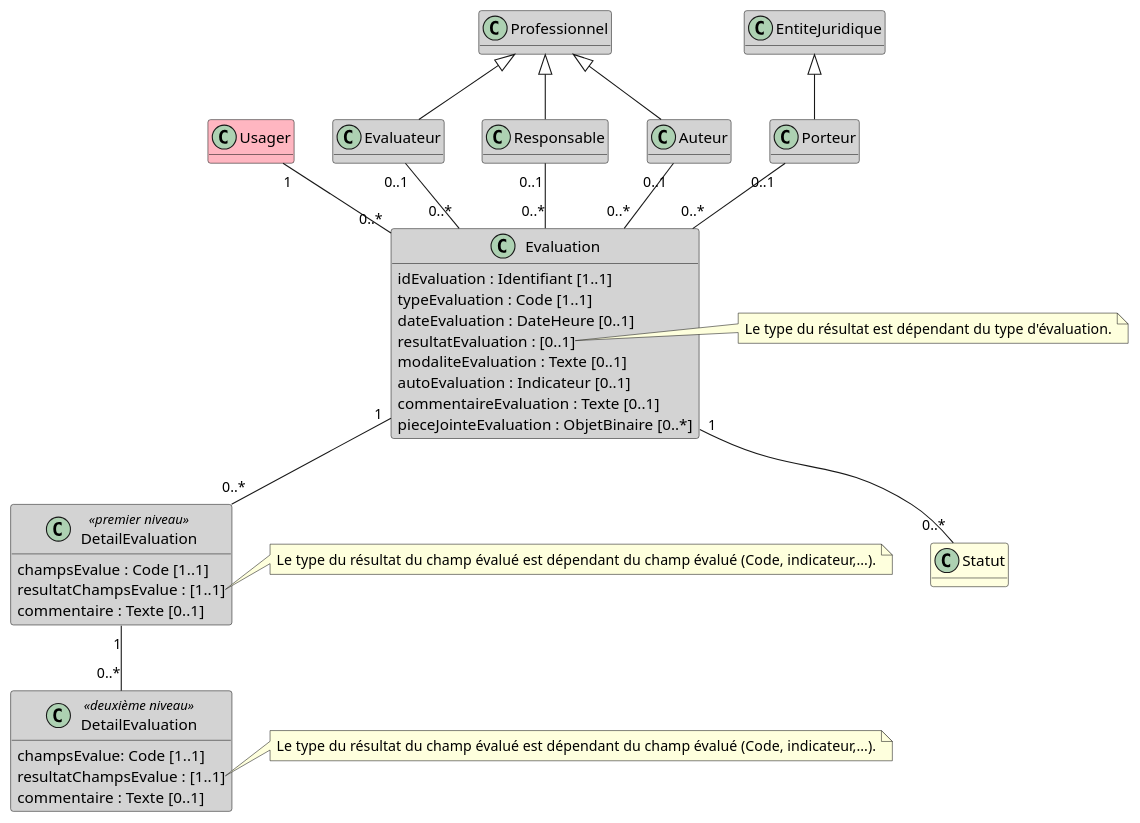
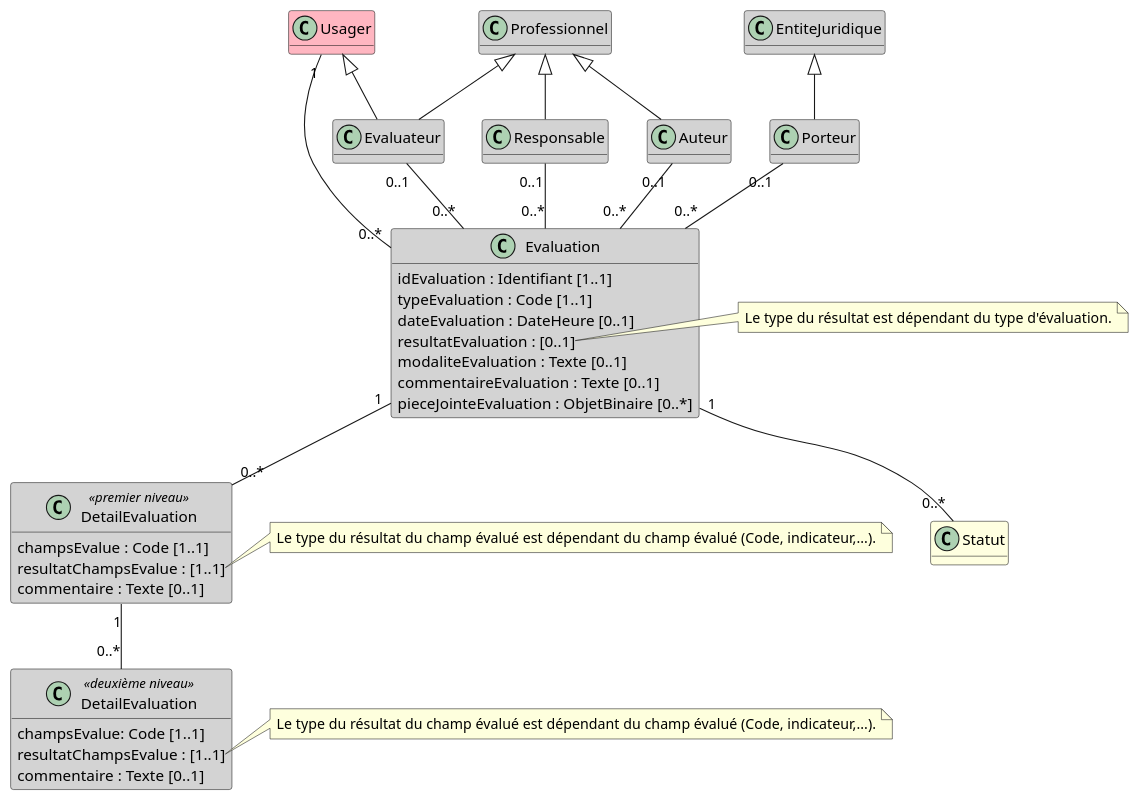
The diagram in input/images-source/bloc_evaluation-grille.plantuml (ansforge/IG-fhir-medicosocial-transfert-donnees-dui), drawn with PlantUML before and after one commit. The commit also changed 1 other file, not shown here.

Commit message:
auto-eval

```diff
--- a/input/images-source/bloc_evaluation-grille.plantuml
+++ b/input/images-source/bloc_evaluation-grille.plantuml
@@ -1,73 +1,73 @@
 @startuml
 
 hide empty methods
 
 class Usager #LightPink
 
 class Evaluateur #LightGray
 
 class Responsable #LightGray
 
 class Auteur #LightGray
 
 class Porteur #LightGray
 
 class Professionnel #LightGray
 
 class EntiteJuridique #LightGray
 
 class Statut #LightYellow
 
 class Evaluation #LightGray {
     idEvaluation : Identifiant [1..1]
     typeEvaluation : Code [1..1]
     dateEvaluation : DateHeure [0..1]
     resultatEvaluation : [0..1]
     modaliteEvaluation : Texte [0..1]
-    autoEvaluation : Indicateur [0..1]
     commentaireEvaluation : Texte [0..1]
     pieceJointeEvaluation : ObjetBinaire [0..*]
 }
 
 note right of Evaluation::resultat
   Le type du résultat est dépendant du type d'évaluation.
 end note
 
 class "DetailEvaluation" as DetailEvaluationN1 <<premier niveau>> #LightGray {
     champsEvalue : Code [1..1]
     resultatChampsEvalue : [1..1]
     commentaire : Texte [0..1]
 }
 
 note right of DetailEvaluationN1::resultatChampsEvalue
   Le type du résultat du champ évalué est dépendant du champ évalué (Code, indicateur,...).
 end note
 
 class "DetailEvaluation" as DetailEvaluationN2 <<deuxième niveau>> #LightGray {
     champsEvalue: Code [1..1]
     resultatChampsEvalue : [1..1]
     commentaire : Texte [0..1]
 }
 
 note right of DetailEvaluationN2::resultatChampsEvalue
   Le type du résultat du champ évalué est dépendant du champ évalué (Code, indicateur,...).
 end note
 
 Professionnel <|-- Evaluateur
+Usager <|-- Evaluateur
 Professionnel <|-- Responsable
 Professionnel <|-- Auteur
 
 EntiteJuridique <|-- Porteur
 
 Evaluateur "0..1" -- "0..*" Evaluation
 Responsable "0..1" -- "0..*" Evaluation
 Auteur "0..1" -- "0..*" Evaluation
 Usager "1" -- "0..*" Evaluation
 
 Porteur "0..1" -- "0..*" Evaluation
 
 Evaluation "1" -- "0..*" DetailEvaluationN1
 DetailEvaluationN1 "1" -- "0..*" DetailEvaluationN2
 Evaluation "1" -- "0..*" Statut
 
 @enduml
```
